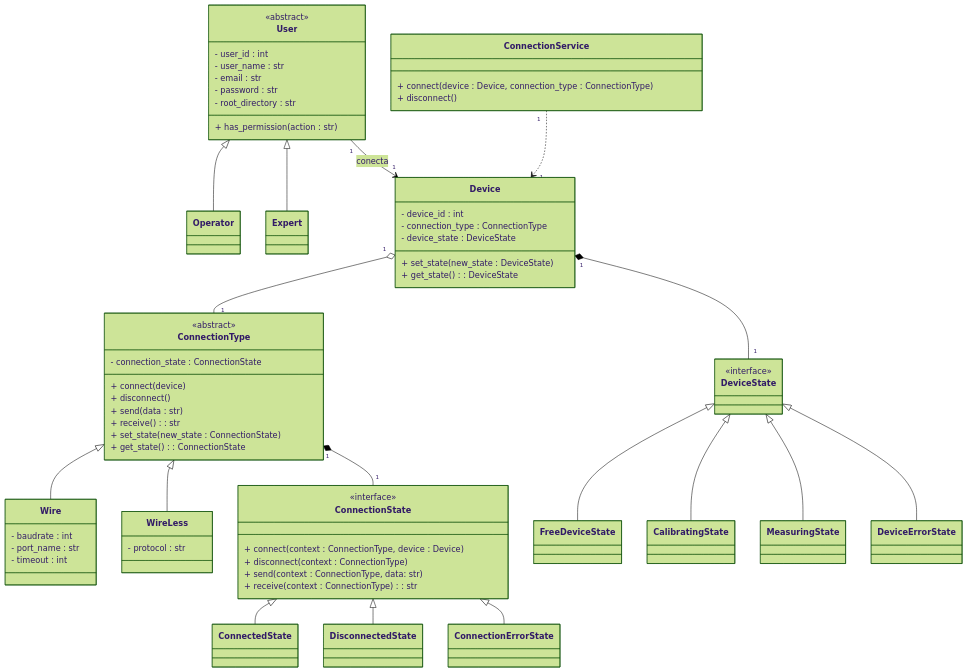
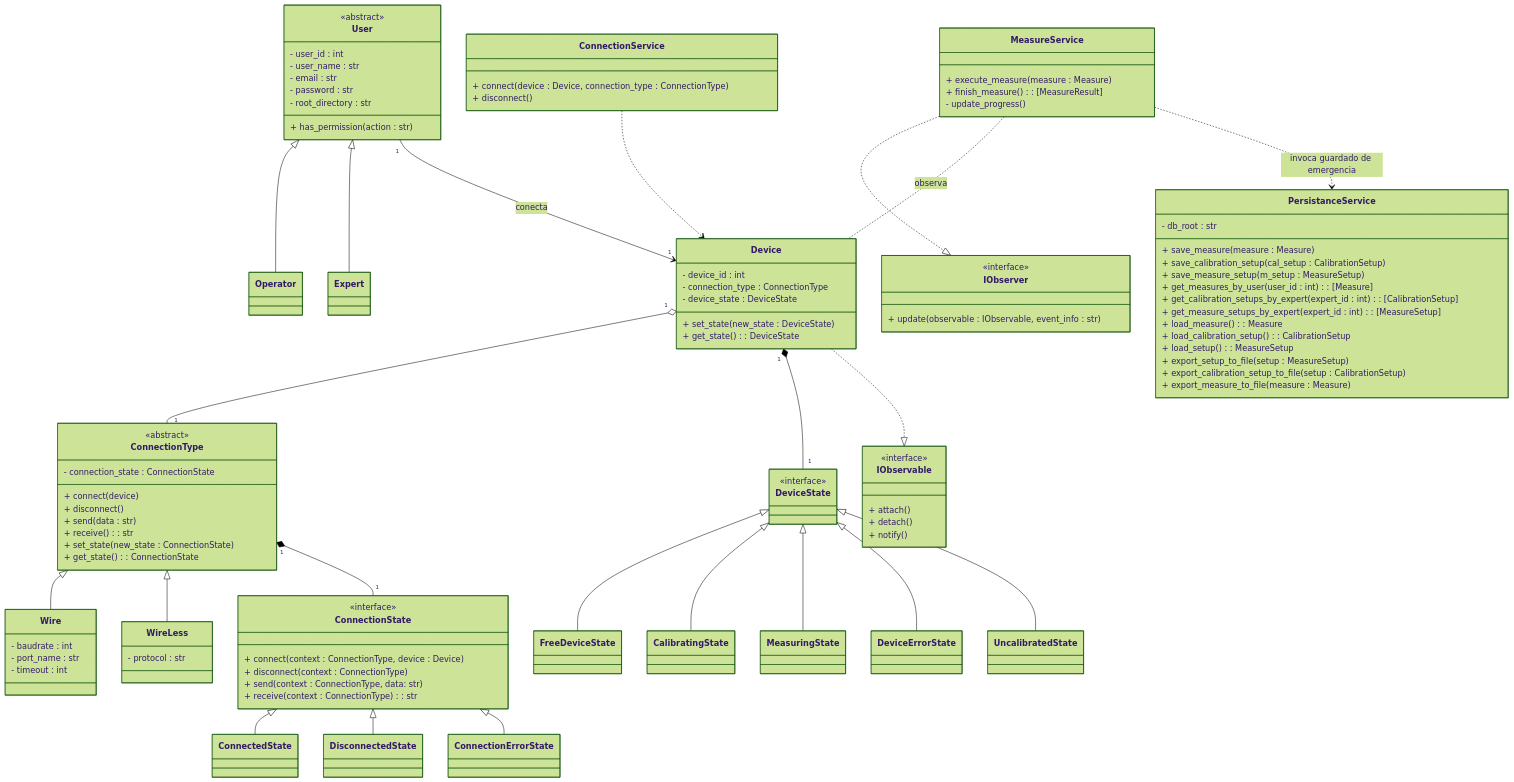
One commit to alegrelias/Repo-GMini changed diagram 13 of 22 in Gmini-MarkDown/Guanaco Mini.md. Above: the diagram before and after it, drawn with Mermaid (forest theme). The commit also changed other lines of this file and 3 other files, not shown here.

````diff
--- a/Gmini-MarkDown/Guanaco Mini.md
+++ b/Gmini-MarkDown/Guanaco Mini.md
@@ -1248,6 +1274,7 @@
 DeviceState <|-- CalibratingState
 DeviceState <|-- MeasuringState
 DeviceState <|-- DeviceErrorState
+DeviceState <|-- UncalibratedState
 
 ConnectionState <|-- ConnectedState
 ConnectionState <|-- DisconnectedState
@@ -1283,12 +1310,11 @@
 	- root_directory : str
 	+ has_permission(action : str)
 }
-    
+
 class Operator{
 
 }
 class Expert{
-
 }
 
 class Device{
@@ -1299,18 +1325,7 @@
 	+ get_state() : DeviceState
 }
 
-class ConnectionService{
-	+ connect(device : Device, connection_type : ConnectionType)
-	+ disconnect()
-}
-
-class DeviceState{
-		<<interface>>
-	}
-class FreeDeviceState
-class CalibratingState
-class MeasuringState
-class DeviceErrorState
+%% state patern
 	
 class ConnectionState{
 		<<interface>>
@@ -1323,14 +1338,72 @@
 class DisconnectedState
 class ConnectionErrorState
 
+class DeviceState{
+		<<interface>>
+	}
+class FreeDeviceState
+class CalibratingState
+class MeasuringState
+class DeviceErrorState
+
+%% observer patern
+class IObserver{
+	<<interface>>
+	+ update(observable : IObservable, event_info : str)
+}
+
+class IObservable{
+	<<interface>>
+	+ attach()
+	+ detach()
+	+ notify()
+}
+
+%% servicios
+class MeasureService{
+	+ execute_measure(measure : Measure)
+	+ finish_measure() : [MeasureResult]
+	- update_progress()
+}
+class PersistanceService{
+	- db_root : str
+	  
+	%% operaciones en db
+	+ save_measure(measure : Measure)
+	+ save_calibration_setup(cal_setup : CalibrationSetup)
+	+ save_measure_setup(m_setup : MeasureSetup)
+	+ get_measures_by_user(user_id : int) : [Measure]
+	+ get_calibration_setups_by_expert(expert_id : int) : [CalibrationSetup]
+	+ get_measure_setups_by_expert(expert_id : int) : [MeasureSetup]
+	  
+	%% operaciones en archivos
+	+ load_measure() : Measure
+	+ load_calibration_setup() : CalibrationSetup
+	+ load_setup() : MeasureSetup
+	+ export_setup_to_file(setup : MeasureSetup)
+	+ export_calibration_setup_to_file(setup : CalibrationSetup)
+	+ export_measure_to_file(measure : Measure)
+}
+
+class ConnectionService{
+	+ connect(device : Device, connection_type : ConnectionType)
+	+ disconnect()
+}
+
 %% relaciones
 
 User "1"-->"1" Device : conecta
 
 Device "1" o-- "1" ConnectionType
 Device "1" *-- "1" DeviceState
+Device ..|> IObservable
 
-ConnectionService "1" ..> "1" Device
+MeasureService ..|> IObserver
+MeasureService .. Device : observa
+MeasureService ..> PersistanceService : invoca guardado de emergencia
+
+
+ConnectionService ..>  Device
 
 ConnectionType "1" *-- "1" ConnectionState
 ```
````
